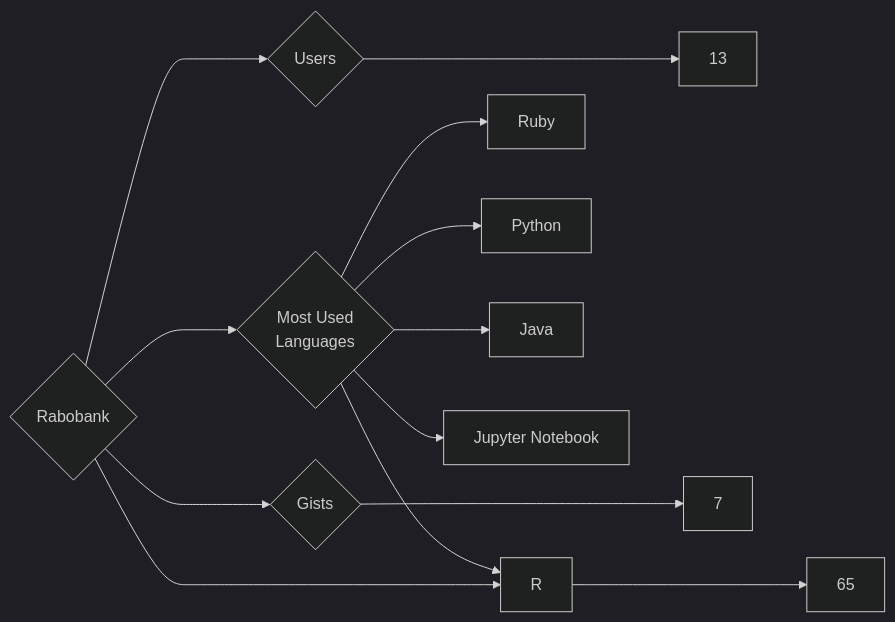
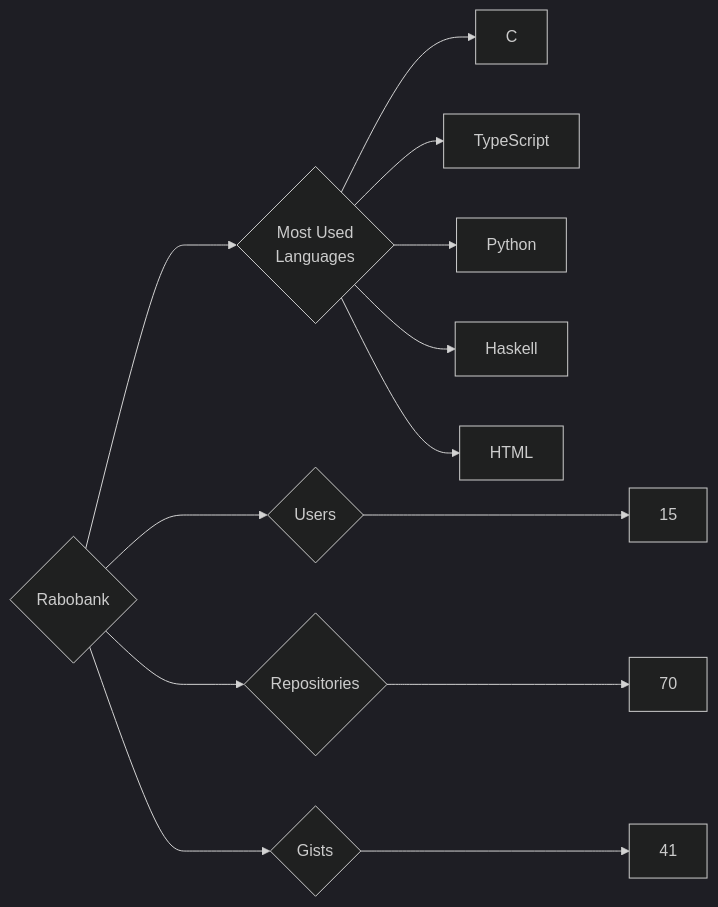
The diagram in targets/Rabobank/README.md (trickest/insiders), drawn with Mermaid (dark theme) before and after one commit. The commit also changed 1011 other files, not shown here.

````diff
--- a/targets/Rabobank/README.md
+++ b/targets/Rabobank/README.md
@@ -3,13 +3,13 @@
 ```mermaid
 graph LR
 COMPANY_NAME{Rabobank}
-COMPANY_NAME ---> U{Users} ---> UN[13]
-COMPANY_NAME ---> R{Repositories} ---> RN[65]
-COMPANY_NAME ---> G{Gists} ---> GN[7]
+COMPANY_NAME ---> U{Users} ---> UN[15]
+COMPANY_NAME ---> R{Repositories} ---> RN[70]
+COMPANY_NAME ---> G{Gists} ---> GN[41]
 COMPANY_NAME ---> ML{Most Used<br>Languages}
-ML --> Ruby[Ruby]
+ML --> C[C]
+ML --> TypeScript[TypeScript]
 ML --> Python[Python]
-ML --> Java[Java]
-ML --> R[R]
-ML --> Jupyter_Notebook[Jupyter Notebook]
+ML --> Haskell[Haskell]
+ML --> HTML[HTML]
 ```
````
